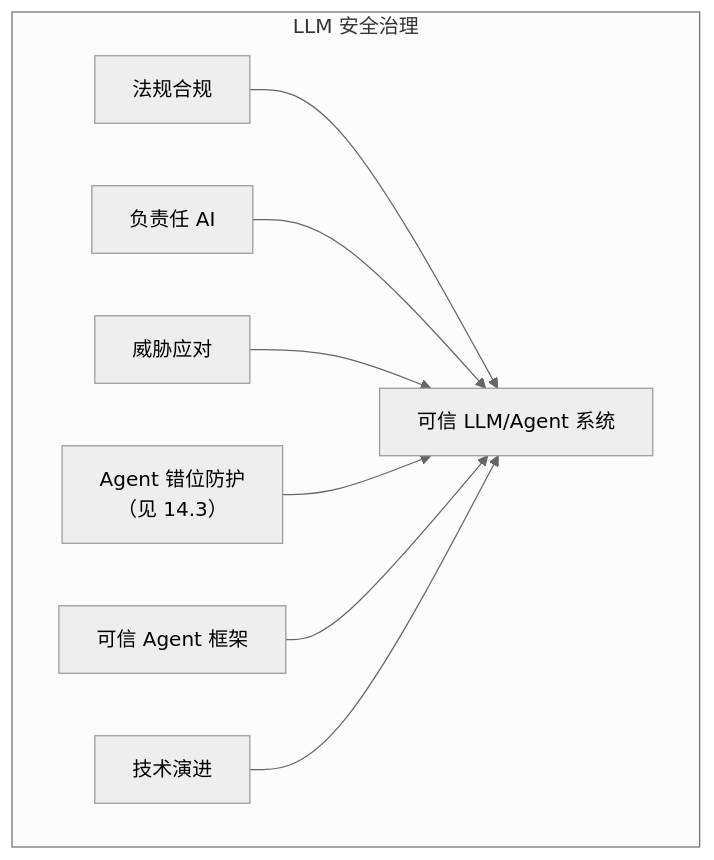
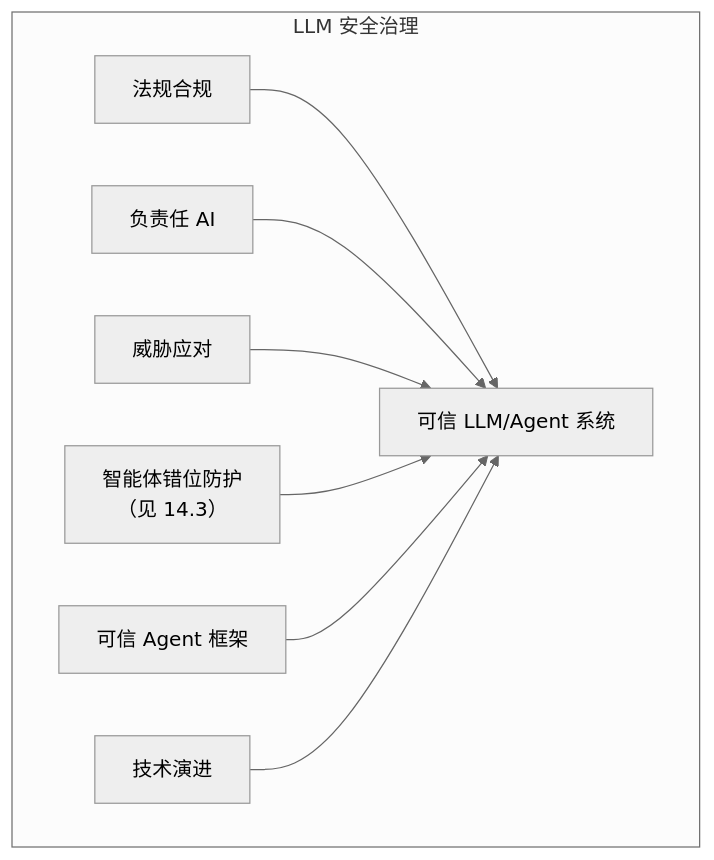
The diagram in 15_governance/summary.md (yeasy/ai_security_guide), drawn with Mermaid (neutral theme) before and after one commit. The commit also changed 57 other files, not shown here.

````diff
--- a/15_governance/summary.md
+++ b/15_governance/summary.md
@@ -19,11 +19,11 @@
 ```mermaid
 graph TB
     subgraph "LLM 安全治理"
     A["法规合规"] --> E["可信 LLM/Agent 系统"]
     B["负责任 AI"] --> E
     C["威胁应对"] --> E
-    D["Agent 错位防护<br/>（见 14.3）"] --> E
+    D["智能体错位防护<br/>（见 14.3）"] --> E
     F["可信 Agent 框架"] --> E
     G["技术演进"] --> E
     end
 ```
````
